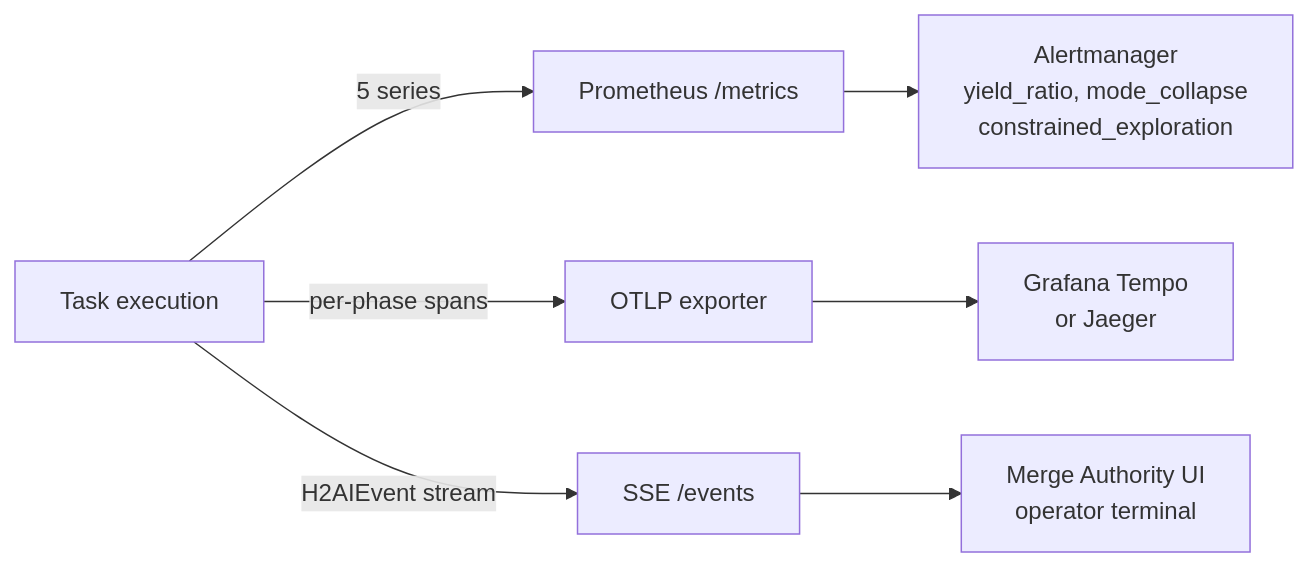
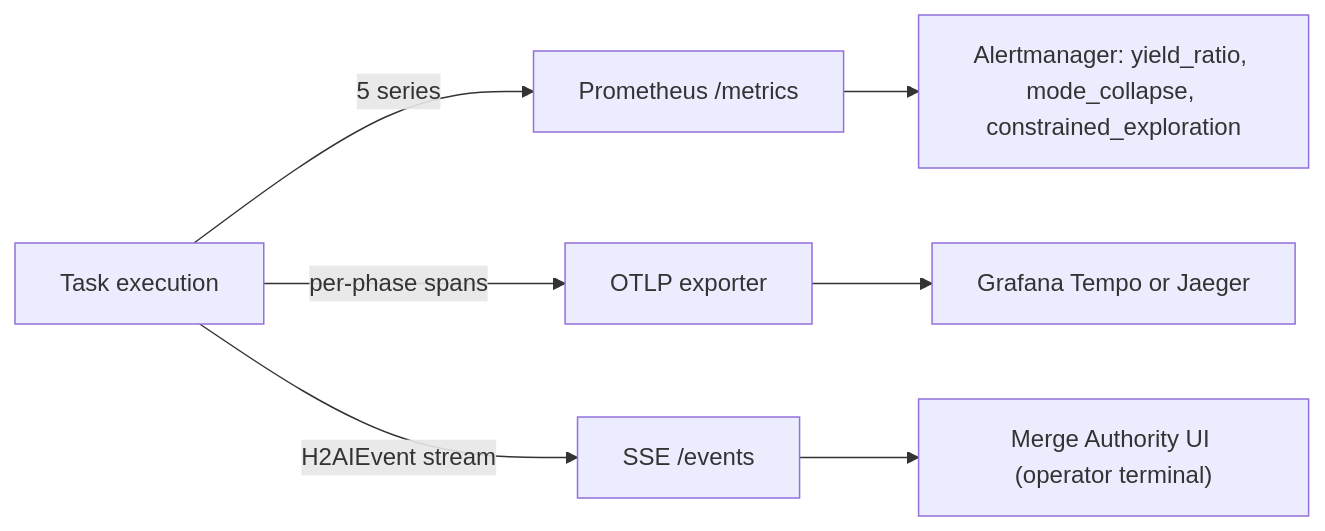
Diagram 14 of 16 in docs/architecture/architecture.md (immediatus/h2ai-control-plane), drawn with Mermaid before and after one commit. The commit also changed other lines of this file and 3 other files, not shown here.

````diff
--- a/docs/architecture/architecture.md
+++ b/docs/architecture/architecture.md
@@ -707,9 +708,9 @@
 ```mermaid
 flowchart LR
     T[Task execution] -->|5 series| P[Prometheus /metrics]
     T -->|per-phase spans| O[OTLP exporter]
     T -->|H2AIEvent stream| SSE[SSE /events]
-    O --> G[Grafana Tempo\nor Jaeger]
-    P --> A[Alertmanager\nyield_ratio, mode_collapse\nconstrained_exploration]
-    SSE --> UI[Merge Authority UI\noperator terminal]
+    O --> G["Grafana Tempo or Jaeger"]
+    P --> A["Alertmanager: yield_ratio, mode_collapse, constrained_exploration"]
+    SSE --> UI["Merge Authority UI (operator terminal)"]
 ```
````
